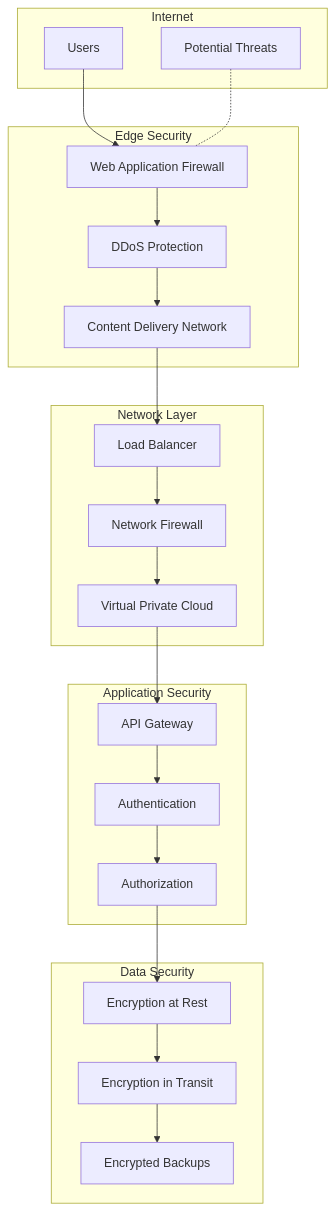
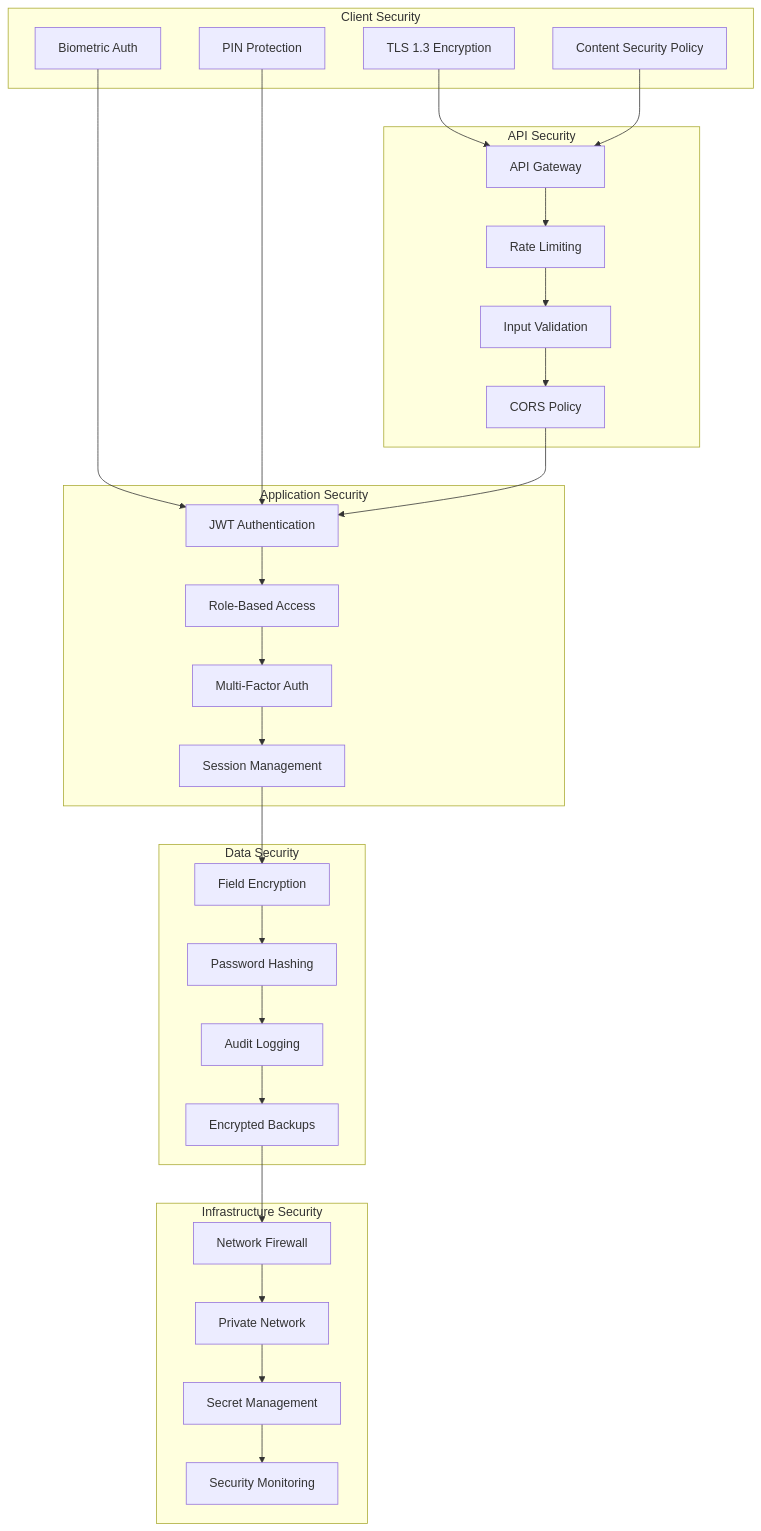
One commit to Kuria-byte/docs changed the sixth of 8 diagrams in essentials/architecture.mdx. Above: the diagram before and after it, drawn with Mermaid. The commit also changed other lines of this file and 6 other files, not shown here.

Commit message:
Updated System Architecture - Mono Repo

````diff
--- a/essentials/architecture.mdx
+++ b/essentials/architecture.mdx
@@ -713,45 +1372,61 @@
-    ```mermaid
-    graph TB
-        subgraph "Internet"
-            USER[Users]
-            ATTACKER[Potential Threats]
-        end
-        
-        subgraph "Edge Security"
-            WAF[Web Application Firewall]
-            DDoS[DDoS Protection]
-            CDN[Content Delivery Network]
-        end
-        
-        subgraph "Network Layer"
-            LB[Load Balancer]
-            FW[Network Firewall]
-            VPC[Virtual Private Cloud]
-        end
-        
-        subgraph "Application Security"
-            GATEWAY[API Gateway]
-            AUTH[Authentication]
-            AUTHZ[Authorization]
-        end
-        
-        subgraph "Data Security"
-            ENCRYPT[Encryption at Rest]
-            TRANSIT[Encryption in Transit]
-            BACKUP[Encrypted Backups]
-        end
-        
-        USER --> WAF
-        ATTACKER -.- WAF
-        WAF --> DDoS
-        DDoS --> CDN
-        CDN --> LB
-        LB --> FW
-        FW --> VPC
-        VPC --> GATEWAY
-        GATEWAY --> AUTH
-        AUTH --> AUTHZ
-        AUTHZ --> ENCRYPT
-        ENCRYPT --> TRANSIT
-        TRANSIT --> BACKUP
-    ```
+```mermaid
+graph TD
+    subgraph "Client Security"
+        SSL[TLS 1.3 Encryption]
+        CSP[Content Security Policy]
+        BIOMETRIC[Biometric Auth]
+        PIN[PIN Protection]
+    end
+    
+    subgraph "API Security"
+        GATEWAY[API Gateway]
+        RATE_LIMIT[Rate Limiting]
+        VALIDATION[Input Validation]
+        CORS[CORS Policy]
+    end
+    
+    subgraph "Application Security"
+        JWT[JWT Authentication]
+        RBAC[Role-Based Access]
+        MFA[Multi-Factor Auth]
+        SESSION[Session Management]
+    end
+    
+    subgraph "Data Security"
+        ENCRYPTION[Field Encryption]
+        HASHING[Password Hashing]
+        AUDIT[Audit Logging]
+        BACKUP[Encrypted Backups]
+    end
+    
+    subgraph "Infrastructure Security"
+        FIREWALL[Network Firewall]
+        VPC[Private Network]
+        SECRETS[Secret Management]
+        MONITORING[Security Monitoring]
+    end
+    
+    SSL --> GATEWAY
+    CSP --> GATEWAY
+    BIOMETRIC --> JWT
+    PIN --> JWT
+    
+    GATEWAY --> RATE_LIMIT
+    RATE_LIMIT --> VALIDATION
+    VALIDATION --> CORS
+    
+    CORS --> JWT
+    JWT --> RBAC
+    RBAC --> MFA
+    MFA --> SESSION
+    
+    SESSION --> ENCRYPTION
+    ENCRYPTION --> HASHING
+    HASHING --> AUDIT
+    AUDIT --> BACKUP
+    
+    BACKUP --> FIREWALL
+    FIREWALL --> VPC
+    VPC --> SECRETS
+    SECRETS --> MONITORING
+```
````
